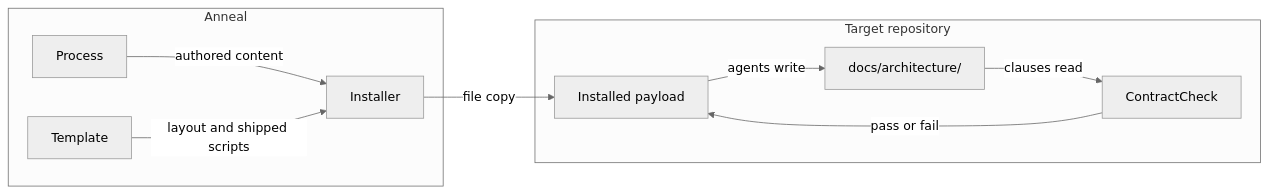
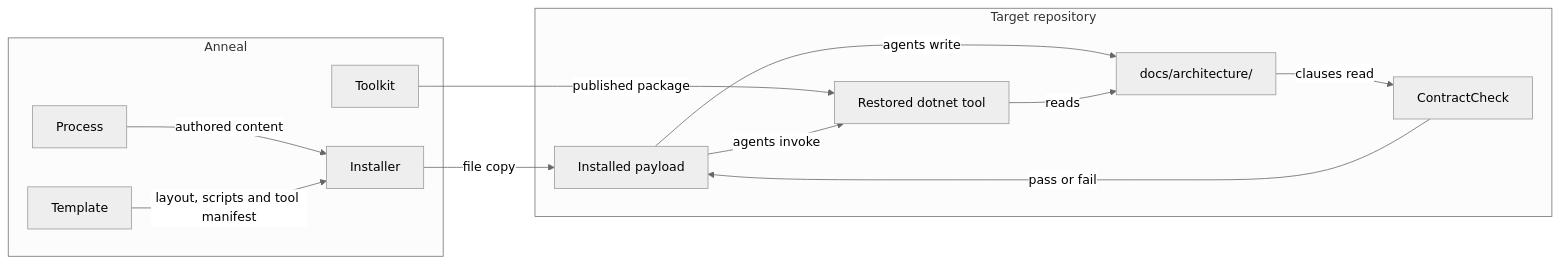
Before and after one commit to demaconsulting/Anneal: the diagram in docs/architecture/overview.md, drawn with Mermaid (neutral theme). The commit also changed other lines of this file and 7 other files, not shown here.

````diff
--- a/docs/architecture/overview.md
+++ b/docs/architecture/overview.md
@@ -40,20 +42,25 @@
 ```mermaid
 flowchart LR
     subgraph Anneal
         Process[Process]
         Template[Template]
         Installer[Installer]
+        Toolkit[Toolkit]
     end
     subgraph Target["Target repository"]
         Payload[Installed payload]
         Tree["docs/architecture/"]
         Check[ContractCheck]
+        Tool["Restored dotnet tool"]
     end
 
     Process -- "authored content" --> Installer
-    Template -- "layout and shipped scripts" --> Installer
+    Template -- "layout, scripts and tool manifest" --> Installer
     Installer -- "file copy" --> Payload
+    Toolkit -- "published package" --> Tool
     Payload -- "agents write" --> Tree
+    Payload -- "agents invoke" --> Tool
+    Tool -- "reads" --> Tree
     Tree -- "clauses read" --> Check
     Check -- "pass or fail" --> Payload
 ```
````
